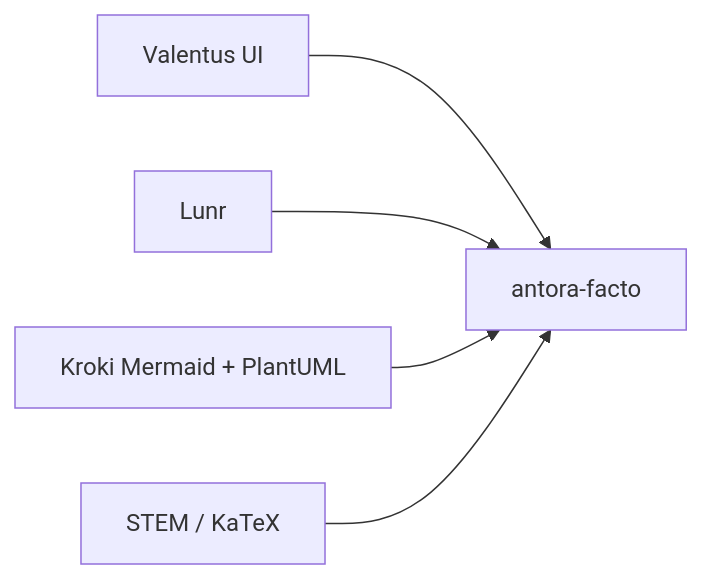
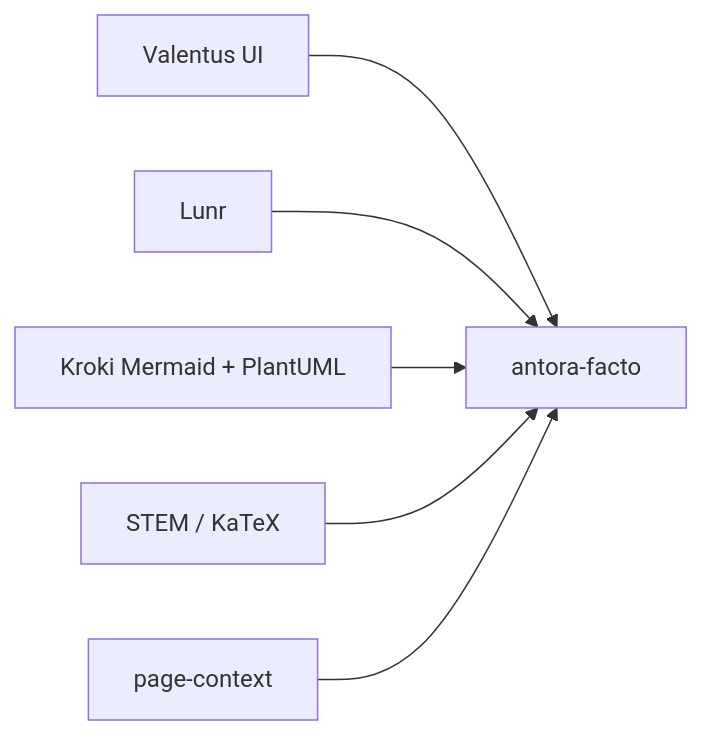
The first of 2 diagrams in examples/docs/modules/ROOT/pages/index.adoc (antora-supplemental/antora-facto), drawn with Mermaid before and after one commit. The commit also changed other lines of this file and 6 other files, not shown here.

First line of the commit message:
Add page-context to the Facto compose pack.

```diff
--- a/examples/docs/modules/ROOT/pages/index.adoc
+++ b/examples/docs/modules/ROOT/pages/index.adoc
@@ -6,8 +26,9 @@
 [source,mermaid]
 ----
 flowchart LR
   V[Valentus UI] --> F[antora-facto]
   L[Lunr] --> F
   K[Kroki Mermaid + PlantUML] --> F
   M[STEM / KaTeX] --> F
+  P[page-context] --> F
 ----
```
